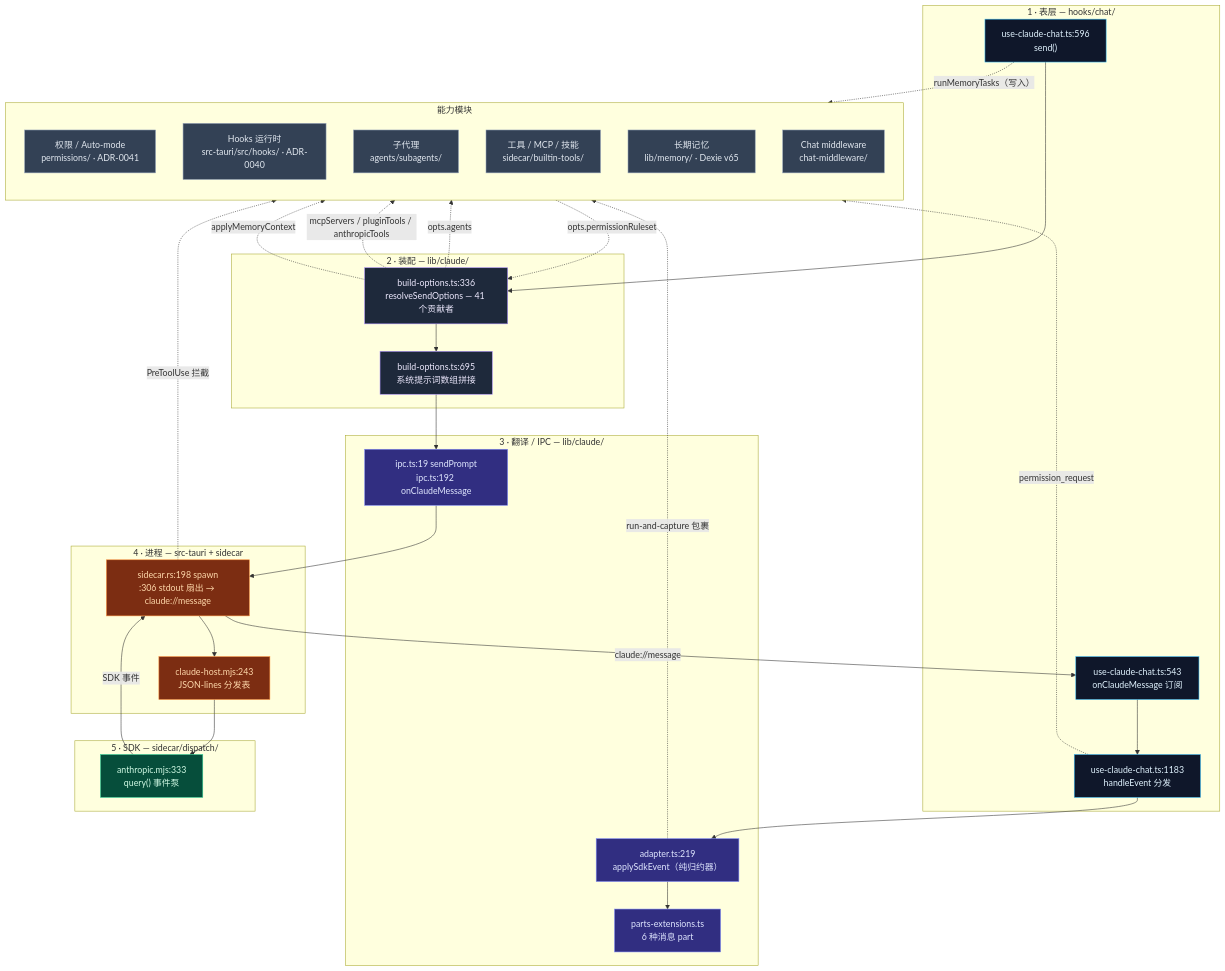
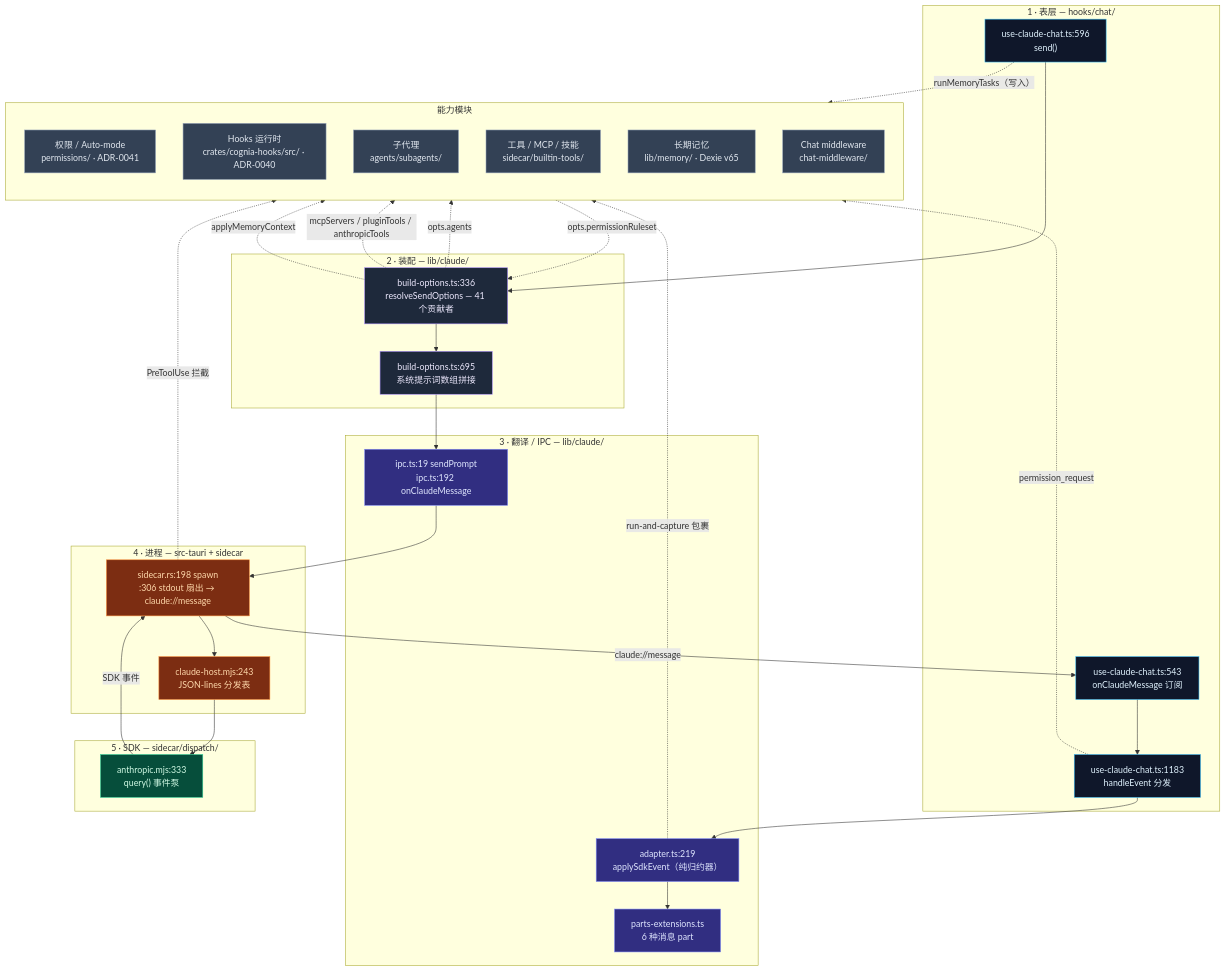
The first of 2 diagrams in docs/content/docs/zh/chat/built-in-agent/index.mdx (MaxQian888/cognia-next), drawn with Mermaid before and after one commit. The commit also changed other lines of this file and 46 other files, not shown here.

````diff
--- a/docs/content/docs/zh/chat/built-in-agent/index.mdx
+++ b/docs/content/docs/zh/chat/built-in-agent/index.mdx
@@ -42,64 +42,64 @@
 ```mermaid
 flowchart TB
   subgraph SURFACE["1 · 表层 — hooks/chat/"]
     SEND["use-claude-chat.ts:596<br/>send()"]
     SUBS["use-claude-chat.ts:543<br/>onClaudeMessage 订阅"]
     HANDLE["use-claude-chat.ts:1183<br/>handleEvent 分发"]
   end
 
   subgraph ASSEMBLY["2 · 装配 — lib/claude/"]
     BUILD["build-options.ts:336<br/>resolveSendOptions — 41 个贡献者"]
     SYS["build-options.ts:695<br/>系统提示词数组拼接"]
   end
 
   subgraph IPC["3 · 翻译 / IPC — lib/claude/"]
     IPCWRAP["ipc.ts:19 sendPrompt<br/>ipc.ts:192 onClaudeMessage"]
     ADAPT["adapter.ts:219<br/>applySdkEvent（纯归约器）"]
     PARTS["parts-extensions.ts<br/>6 种消息 part"]
   end
 
   subgraph PROCESS["4 · 进程 — src-tauri + sidecar"]
     RUST["sidecar.rs:198 spawn<br/>:306 stdout 扇出 → claude://message"]
     HOST["claude-host.mjs:243<br/>JSON-lines 分发表"]
   end
 
   subgraph SDK["5 · SDK — sidecar/dispatch/"]
     QUERY["anthropic.mjs:333<br/>query() 事件泵"]
   end
 
   subgraph MODULES["能力模块"]
     direction TB
     PERM["权限 / Auto-mode<br/>permissions/ · ADR-0041"]
-    HOOKS["Hooks 运行时<br/>src-tauri/src/hooks/ · ADR-0040"]
+    HOOKS["Hooks 运行时<br/>crates/cognia-hooks/src/ · ADR-0040"]
     SUBAG["子代理<br/>agents/subagents/"]
     TOOLS["工具 / MCP / 技能<br/>sidecar/builtin-tools/"]
     MEM["长期记忆<br/>lib/memory/ · Dexie v65"]
     MID["Chat middleware<br/>chat-middleware/"]
   end
 
   SEND --> BUILD --> SYS --> IPCWRAP --> RUST --> HOST --> QUERY
   QUERY -- "SDK 事件" --> RUST -- "claude://message" --> SUBS --> HANDLE --> ADAPT
   ADAPT --> PARTS
 
   PERM -.->|"opts.permissionRuleset"| BUILD
   HANDLE -.->|"permission_request"| PERM
   RUST -.->|"PreToolUse 拦截"| HOOKS
   BUILD -.->|"opts.agents"| SUBAG
   BUILD -.->|"mcpServers / pluginTools / anthropicTools"| TOOLS
   BUILD -.->|"applyMemoryContext"| MEM
   SEND -.->|"runMemoryTasks（写入）"| MEM
   ADAPT -.->|"run-and-capture 包裹"| MID
 
   classDef surface fill:#0f172a,stroke:#38bdf8,color:#e0f2fe
   classDef assembly fill:#1e293b,stroke:#a78bfa,color:#ede9fe
   classDef ipc fill:#312e81,stroke:#818cf8,color:#e0e7ff
   classDef process fill:#7c2d12,stroke:#fb923c,color:#fed7aa
   classDef sdk fill:#064e3b,stroke:#34d399,color:#d1fae5
   classDef mod fill:#334155,stroke:#94a3b8,color:#e2e8f0
   class SEND,SUBS,HANDLE surface
   class BUILD,SYS assembly
   class IPCWRAP,ADAPT,PARTS ipc
   class RUST,HOST process
   class QUERY sdk
   class PERM,HOOKS,SUBAG,TOOLS,MEM,MID mod
 ```
````
